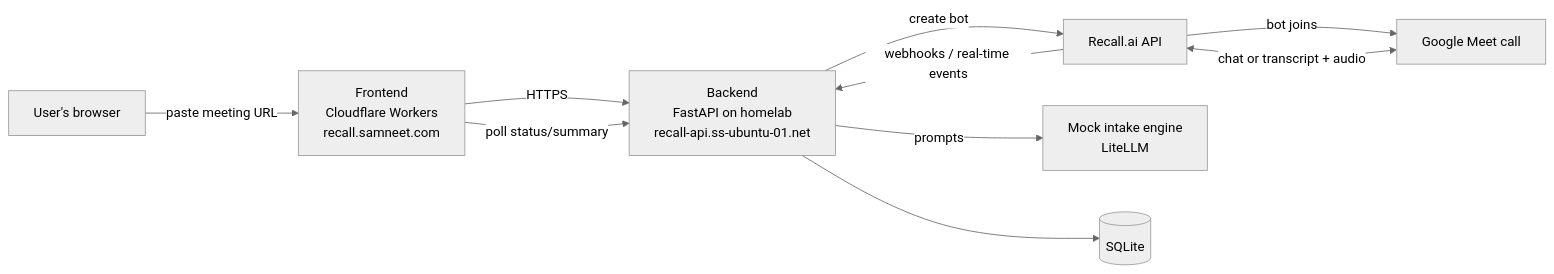
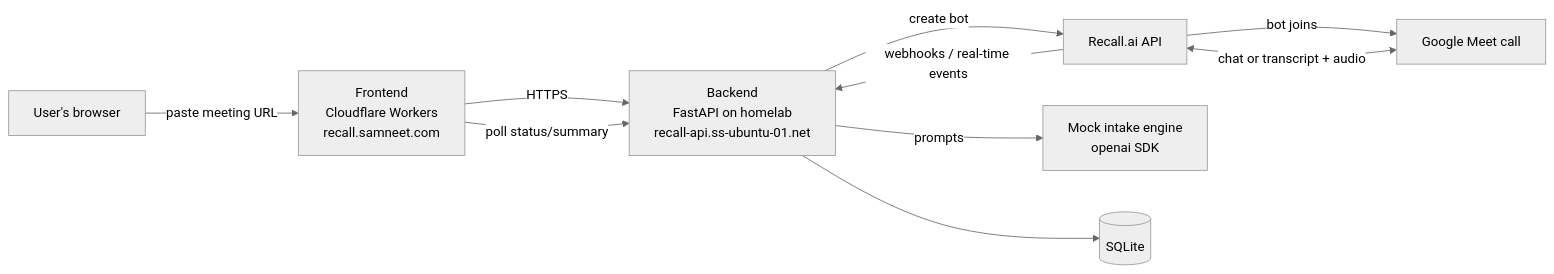
Before and after one commit to samneetsingh/recall-demo: the diagram in docs/ARCHITECTURE.md, drawn with Mermaid (neutral theme). The commit also changed other lines of this file and 37 other files, not shown here.

````diff
--- a/docs/ARCHITECTURE.md
+++ b/docs/ARCHITECTURE.md
@@ -5,12 +5,12 @@
 ```mermaid
 flowchart LR
     U[User's browser] -->|paste meeting URL| F[Frontend<br/>Cloudflare Workers<br/>recall.samneet.com]
     F -->|HTTPS| B[Backend<br/>FastAPI on homelab<br/>recall-api.ss-ubuntu-01.net]
     B -->|create bot| R[Recall.ai API]
     R -->|bot joins| M[Google Meet call]
     M <-->|chat or transcript + audio| R
     R -->|webhooks / real-time events| B
-    B -->|prompts| E[Mock intake engine<br/>LiteLLM]
+    B -->|prompts| E[Mock intake engine<br/>openai SDK]
     B --> S[(SQLite)]
     F -->|poll status/summary| B
 ```
````
